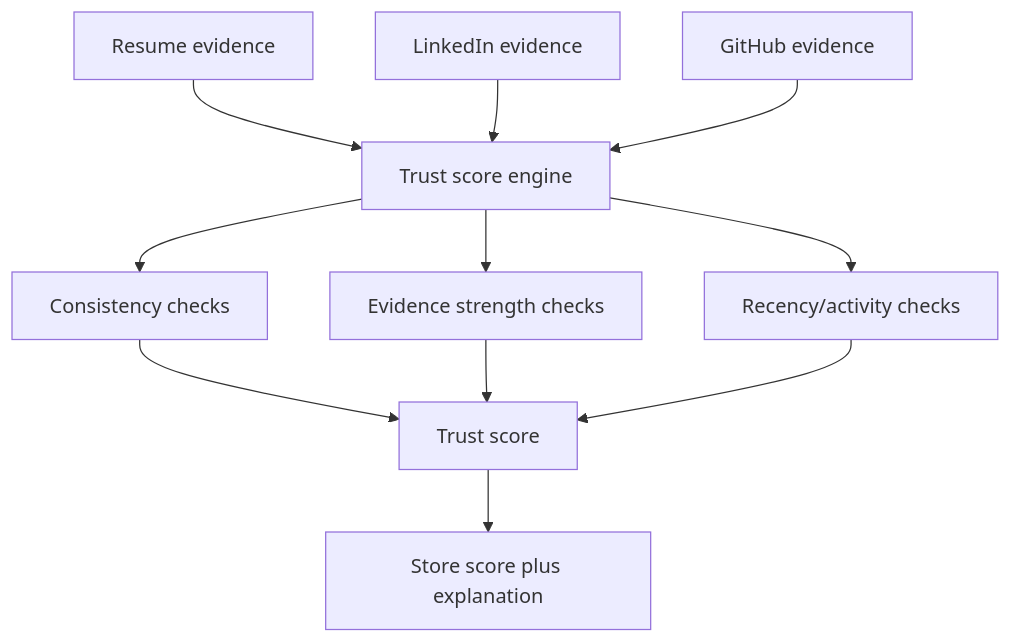
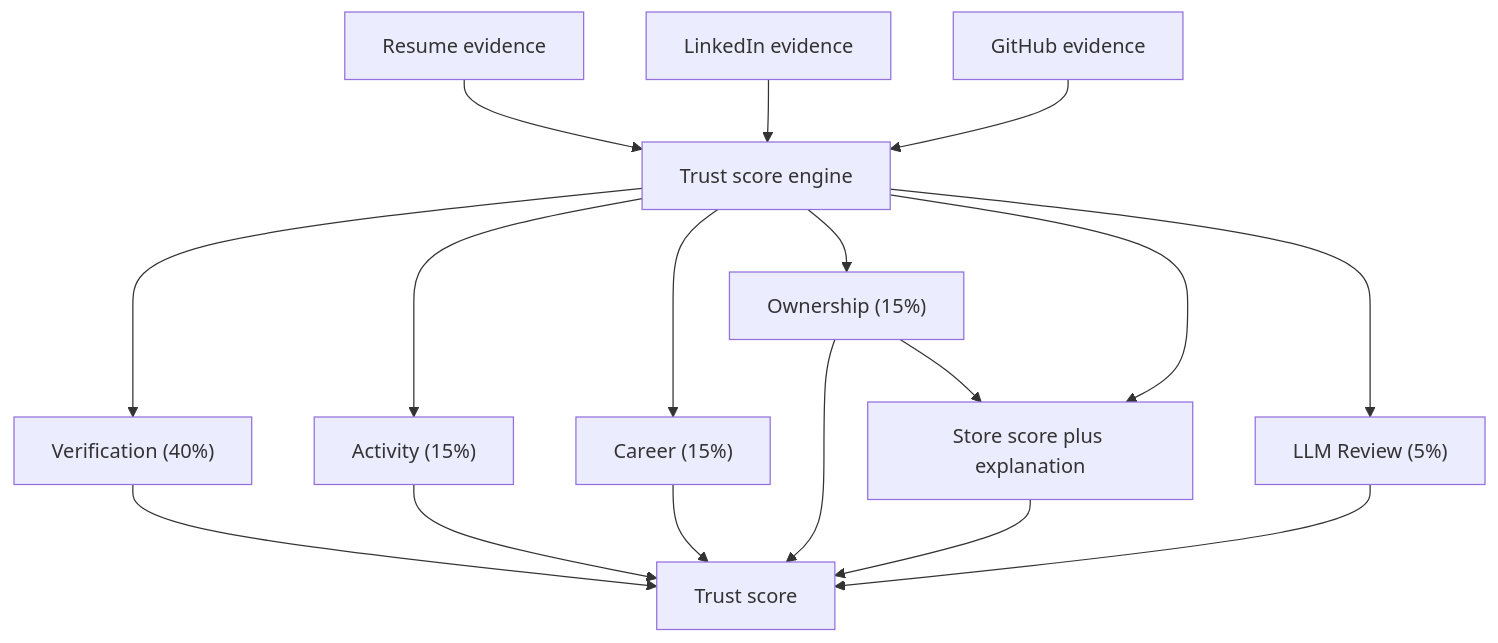
Diagram 11 of 12 in backend/backend.md (Lowdata/CertiFit), drawn with Mermaid before and after one commit. The commit also changed other lines of this file and 6 other files, not shown here.

Commit message:
refactor: implement enhanced evidence-based scoring and behavioral insights for candidate trust assessment

````diff
--- a/backend/backend.md
+++ b/backend/backend.md
@@ -593,13 +591,14 @@
 ```mermaid
 flowchart TD
     A["Resume evidence"] --> D["Trust score engine"]
     B["LinkedIn evidence"] --> D
     C["GitHub evidence"] --> D
-    D --> E["Consistency checks"]
-    D --> F["Evidence strength checks"]
-    D --> G["Recency/activity checks"]
-    E --> H["Trust score"]
-    F --> H
-    G --> H
+    D --> E["Verification (40%)"]
+    D --> F["Activity (15%)"]
+    D --> G["Career (15%)"]
+    D --> H["Ownership (15%)"]
+    D --> I["Learning (10%)"]
+    D --> J["LLM Review (5%)"]
+    E & F & G & H & I & J --> K["Trust score"]
     H --> I["Store score plus explanation"]
 ```
````
